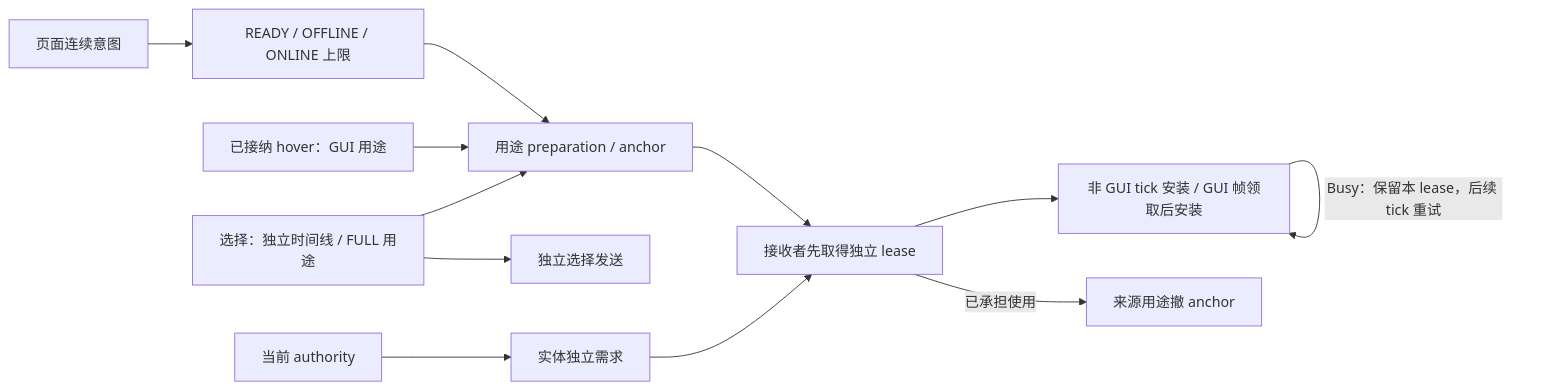
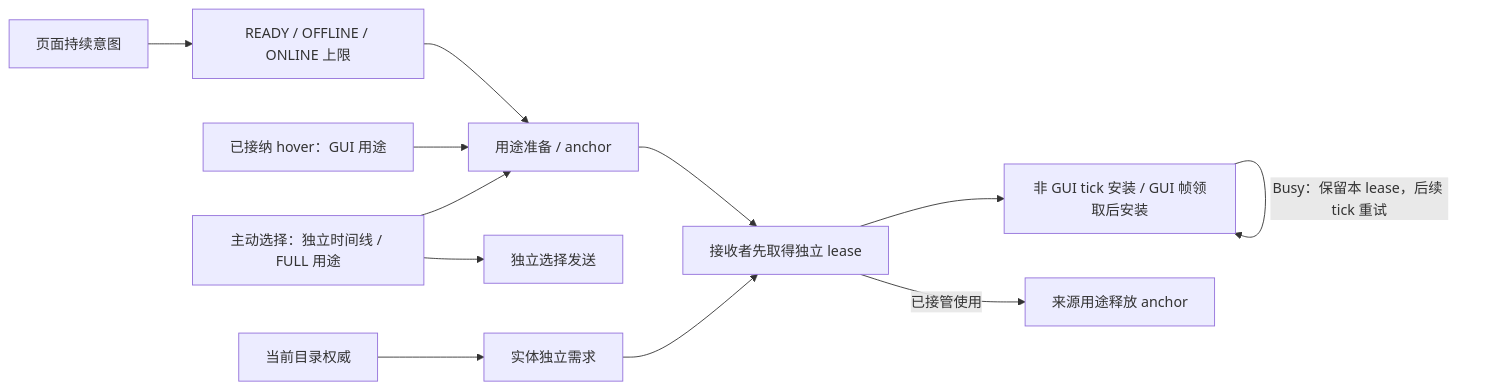
Before and after one commit to YesSteveModel/YesSteveModel: the diagram in docs/architecture/model-management/demand/overview.md, drawn with Mermaid. The commit also changed other lines of this file and 1109 other files, not shown here.

````diff
--- a/docs/architecture/model-management/demand/overview.md
+++ b/docs/architecture/model-management/demand/overview.md
@@ -27,14 +27,14 @@
 ```mermaid
 flowchart LR
-    Page["页面连续意图"] --> Admission["READY / OFFLINE / ONLINE 上限"]
-    Hover["已接纳 hover：GUI 用途"] --> Purpose["用途 preparation / anchor"]
-    Selection["选择：独立时间线 / FULL 用途"] --> Purpose
+    Page["页面持续意图"] --> Admission["READY / OFFLINE / ONLINE 上限"]
+    Hover["已接纳 hover：GUI 用途"] --> Purpose["用途准备 / anchor"]
+    Selection["主动选择：独立时间线 / FULL 用途"] --> Purpose
     Admission --> Purpose
     Purpose --> Receiver["接收者先取得独立 lease"]
     Receiver --> Install["非 GUI tick 安装 / GUI 帧领取后安装"]
     Install -- "Busy：保留本 lease，后续 tick 重试" --> Install
-    Receiver -- "已承担使用" --> Release["来源用途撤 anchor"]
+    Receiver -- "已接管使用" --> Release["来源用途释放 anchor"]
     Selection --> Send["独立选择发送"]
-    Authority["当前 authority"] --> Entity["实体独立需求"]
+    Authority["当前目录权威"] --> Entity["实体独立需求"]
     Entity --> Receiver
 ```
````
